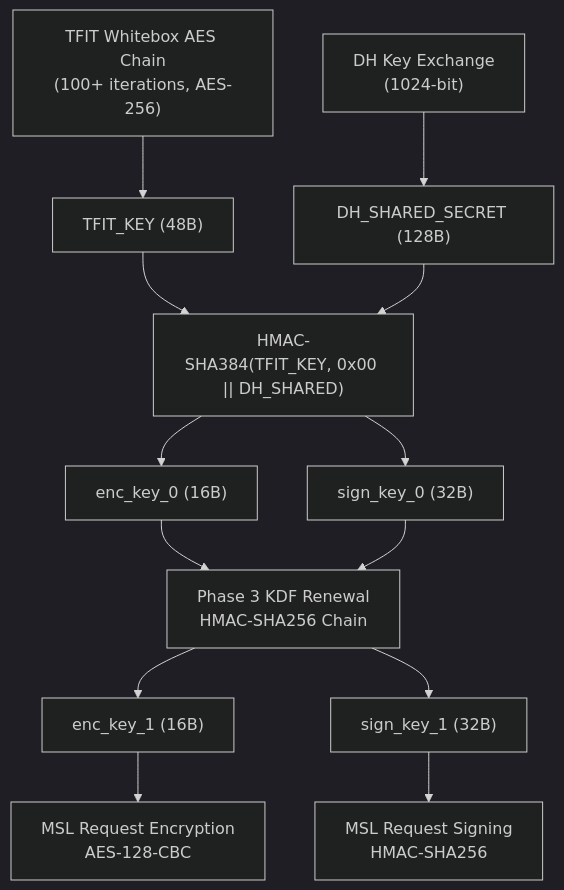
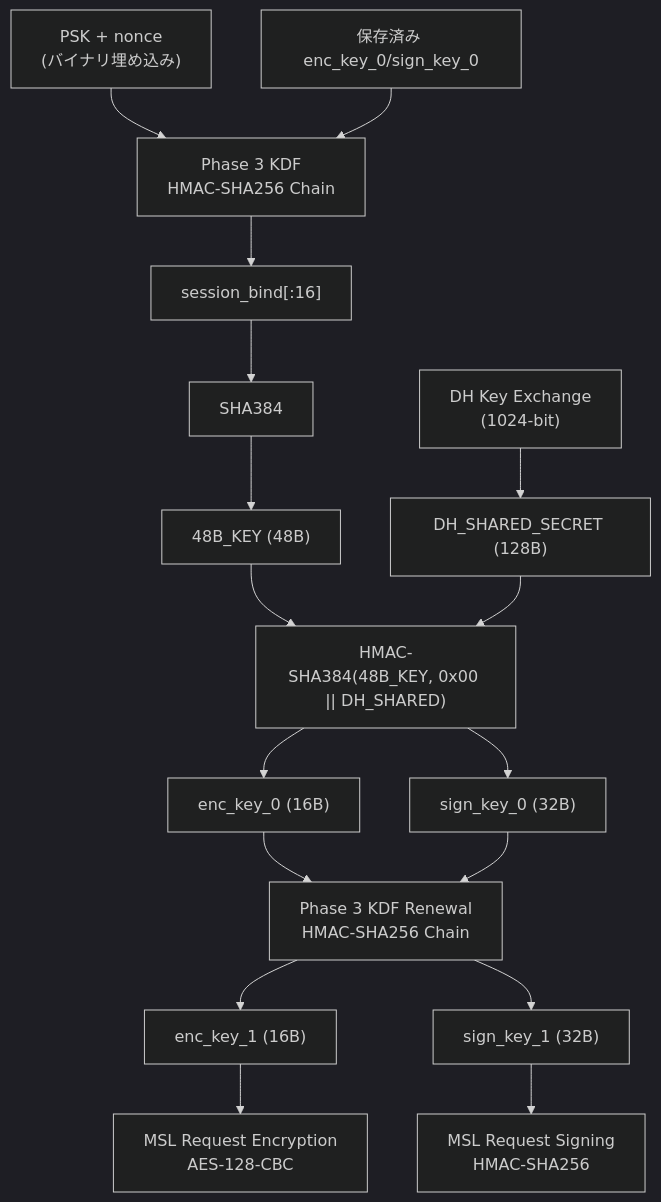
One commit to qtmleap/revkit changed the diagram in docs/spec/msl_phase2_kdf_analysis.md. Above: the diagram before and after it, drawn with Mermaid. The commit also changed other lines of this file, not shown here.

First line of the commit message:
docs(spec): Phase 2 KDF ドキュメントを最新の解析結果で更新

````diff
--- a/docs/spec/msl_phase2_kdf_analysis.md
+++ b/docs/spec/msl_phase2_kdf_analysis.md
@@ -55,16 +66,20 @@
 ```mermaid
 %%{init: {'theme': 'dark'}}%%
 graph TD
-    A["TFIT Whitebox AES Chain<br/>(100+ iterations, AES-256)"] --> B["TFIT_KEY (48B)"]
+    PSK_N["PSK + nonce<br/>(バイナリ埋め込み)"] --> KDF["Phase 3 KDF<br/>HMAC-SHA256 Chain"]
+    STORED["保存済み enc_key_0/sign_key_0"] --> KDF
+    KDF --> SB["session_bind[:16]"]
+    SB --> SHA["SHA384"]
+    SHA --> B["48B_KEY (48B)"]
     C["DH Key Exchange<br/>(1024-bit)"] --> D["DH_SHARED_SECRET (128B)"]
-    B --> E["HMAC-SHA384(TFIT_KEY, 0x00 || DH_SHARED)"]
+    B --> E["HMAC-SHA384(48B_KEY, 0x00 || DH_SHARED)"]
     D --> E
     E --> F["enc_key_0 (16B)"]
     E --> G["sign_key_0 (32B)"]
     F --> H["Phase 3 KDF Renewal<br/>HMAC-SHA256 Chain"]
     G --> H
     H --> I["enc_key_1 (16B)"]
     H --> J["sign_key_1 (32B)"]
     I --> K["MSL Request Encryption<br/>AES-128-CBC"]
     J --> L["MSL Request Signing<br/>HMAC-SHA256"]
 ```
````
